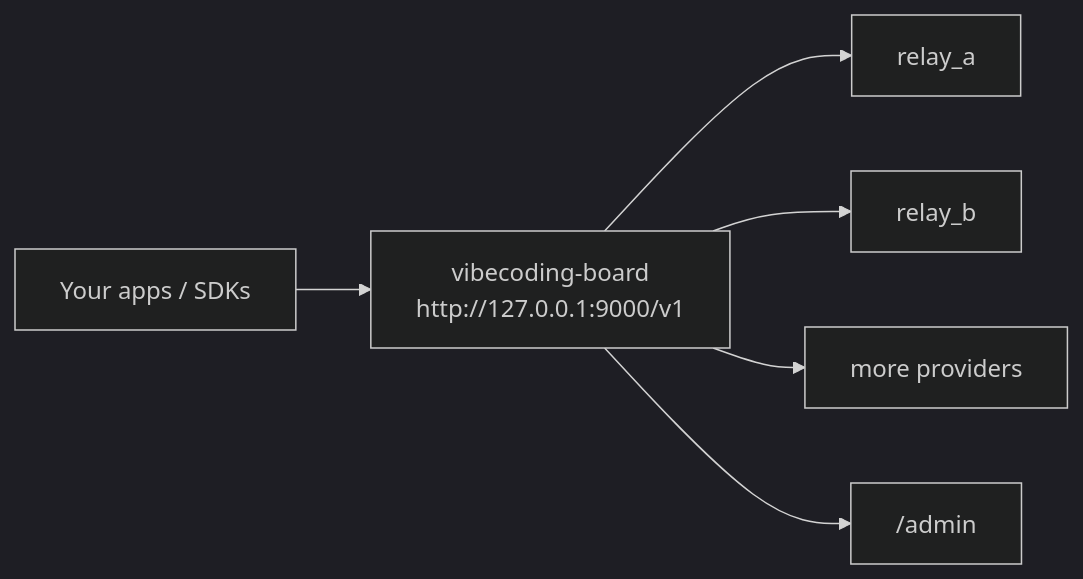
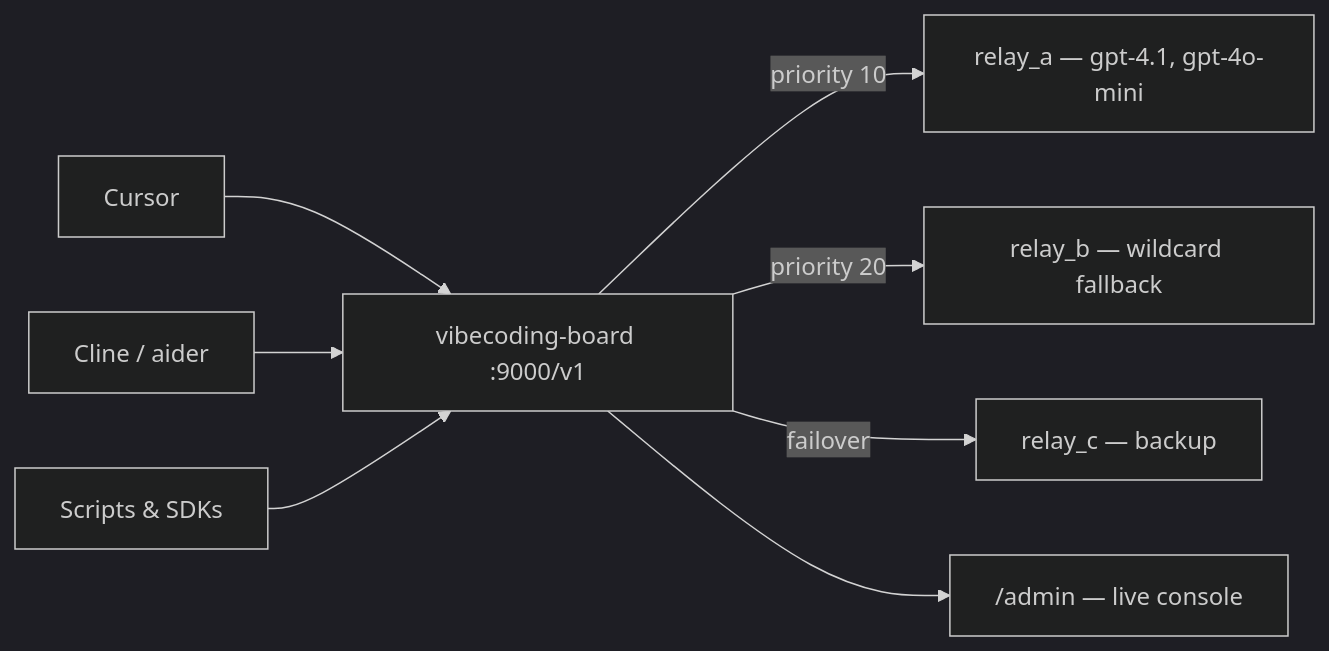
One commit to ZnnnnnH2/vibecoding-board changed the diagram in README.md. Above: the diagram before and after it, drawn with Mermaid (dark theme). The commit also changed other lines of this file and 31 other files, not shown here.

````diff
--- a/README.md
+++ b/README.md
@@ -9,8 +19,10 @@
 ```mermaid
 flowchart LR
-    Client["Your apps / SDKs"] --> Proxy["vibecoding-board<br/>http://127.0.0.1:9000/v1"]
-    Proxy --> A["relay_a"]
-    Proxy --> B["relay_b"]
-    Proxy --> C["more providers"]
-    Proxy --> Admin["/admin"]
+    C1["Cursor"] --> P["vibecoding-board :9000/v1"]
+    C2["Cline / aider"] --> P
+    C3["Scripts & SDKs"] --> P
+    P -->|"priority 10"| A["relay_a — gpt-4.1, gpt-4o-mini"]
+    P -->|"priority 20"| B["relay_b — wildcard fallback"]
+    P -->|"failover"| C["relay_c — backup"]
+    P --> UI["/admin — live console"]
 ```
````
